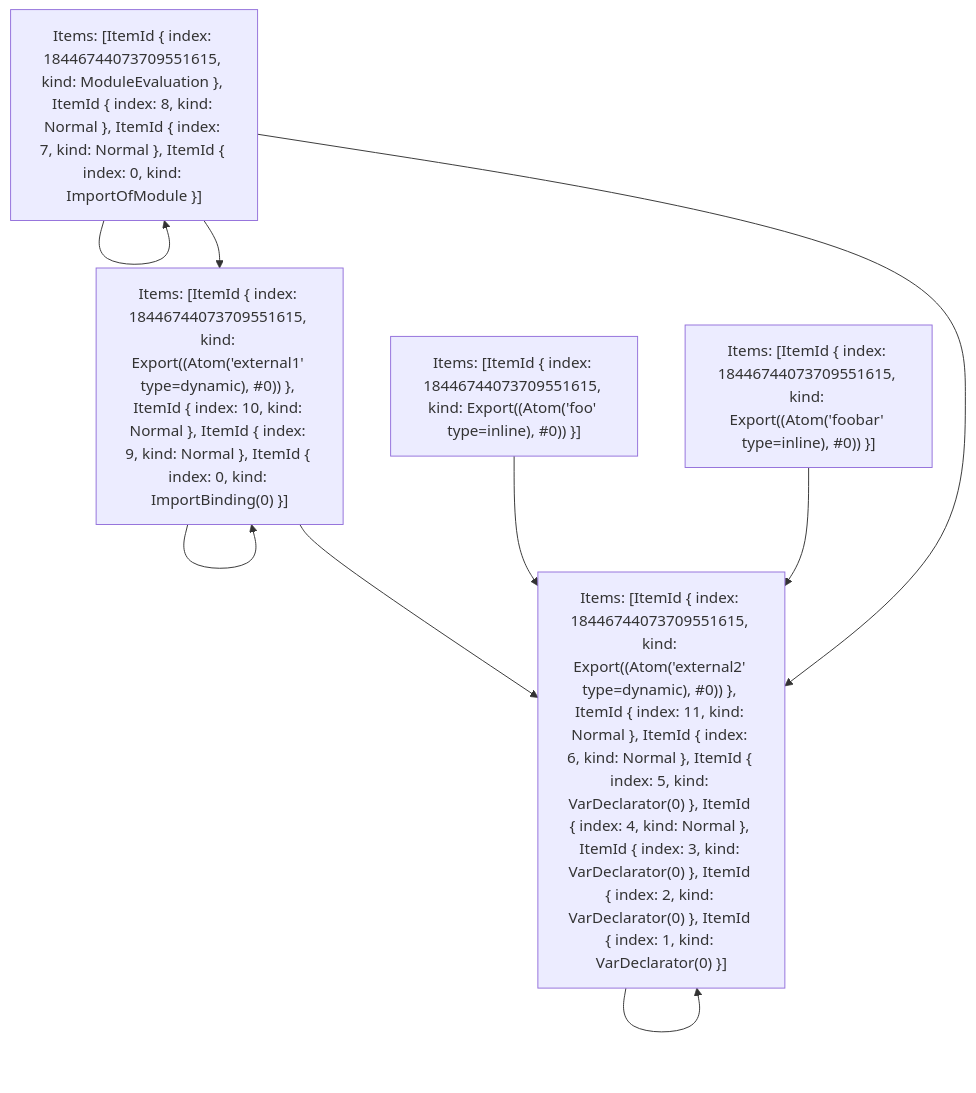
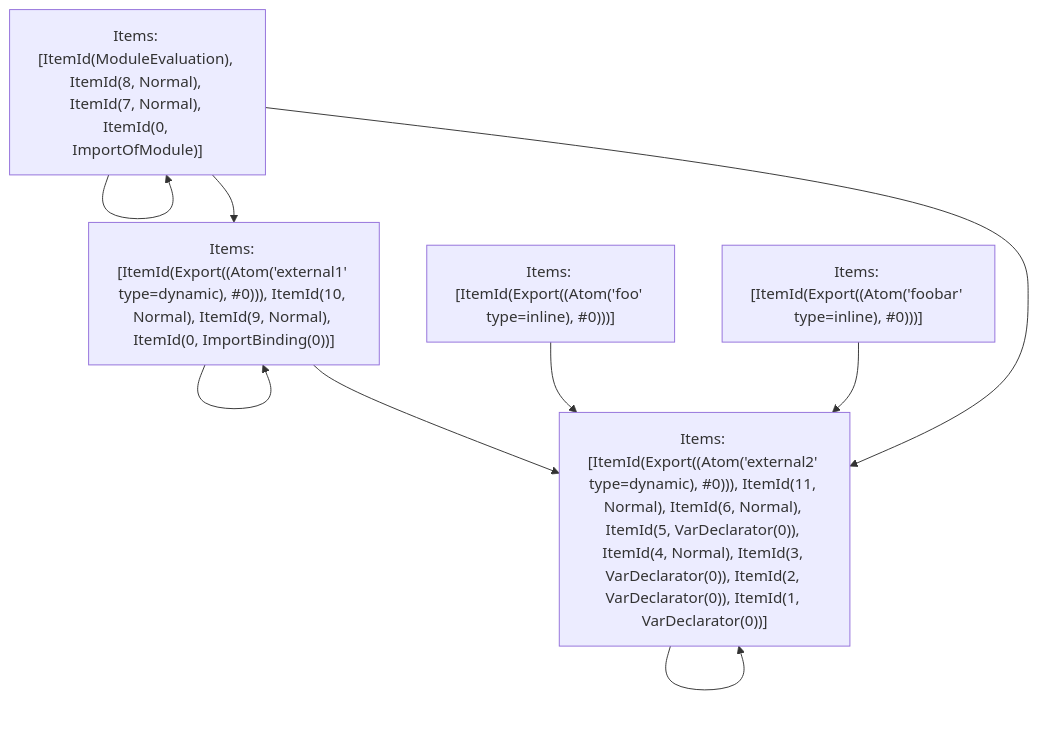
Before and after one commit to vercel/turborepo: the fifth of 5 diagrams in crates/turbopack-ecmascript/tests/tree-shaker/analyzer/1/output.md, drawn with Mermaid. The commit also changed 2 other files, not shown here.

Commit message:
Update test refs

````diff
--- a/crates/turbopack-ecmascript/tests/tree-shaker/analyzer/1/output.md
+++ b/crates/turbopack-ecmascript/tests/tree-shaker/analyzer/1/output.md
@@ -351,16 +351,16 @@
 ```mermaid
 graph TD
-    N0["Items: [ItemId { index: 18446744073709551615, kind: ModuleEvaluation }, ItemId { index: 8, kind: Normal }, ItemId { index: 7, kind: Normal }, ItemId { index: 0, kind: ImportOfModule }]"];
-    N1["Items: [ItemId { index: 18446744073709551615, kind: Export((Atom('foobar' type=inline), #0)) }]"];
-    N2["Items: [ItemId { index: 18446744073709551615, kind: Export((Atom('foo' type=inline), #0)) }]"];
-    N3["Items: [ItemId { index: 18446744073709551615, kind: Export((Atom('external1' type=dynamic), #0)) }, ItemId { index: 10, kind: Normal }, ItemId { index: 9, kind: Normal }, ItemId { index: 0, kind: ImportBinding(0) }]"];
-    N4["Items: [ItemId { index: 18446744073709551615, kind: Export((Atom('external2' type=dynamic), #0)) }, ItemId { index: 11, kind: Normal }, ItemId { index: 6, kind: Normal }, ItemId { index: 5, kind: VarDeclarator(0) }, ItemId { index: 4, kind: Normal }, ItemId { index: 3, kind: VarDeclarator(0) }, ItemId { index: 2, kind: VarDeclarator(0) }, ItemId { index: 1, kind: VarDeclarator(0) }]"];
+    N0["Items: [ItemId(ModuleEvaluation), ItemId(8, Normal), ItemId(7, Normal), ItemId(0, ImportOfModule)]"];
+    N1["Items: [ItemId(Export((Atom('foobar' type=inline), #0)))]"];
+    N2["Items: [ItemId(Export((Atom('foo' type=inline), #0)))]"];
+    N3["Items: [ItemId(Export((Atom('external1' type=dynamic), #0))), ItemId(10, Normal), ItemId(9, Normal), ItemId(0, ImportBinding(0))]"];
+    N4["Items: [ItemId(Export((Atom('external2' type=dynamic), #0))), ItemId(11, Normal), ItemId(6, Normal), ItemId(5, VarDeclarator(0)), ItemId(4, Normal), ItemId(3, VarDeclarator(0)), ItemId(2, VarDeclarator(0)), ItemId(1, VarDeclarator(0))]"];
     N0 --> N0;
     N0 --> N3;
     N0 --> N4;
     N1 --> N4;
     N2 --> N4;
     N3 --> N3;
     N3 --> N4;
     N4 --> N4;
 ```
````
